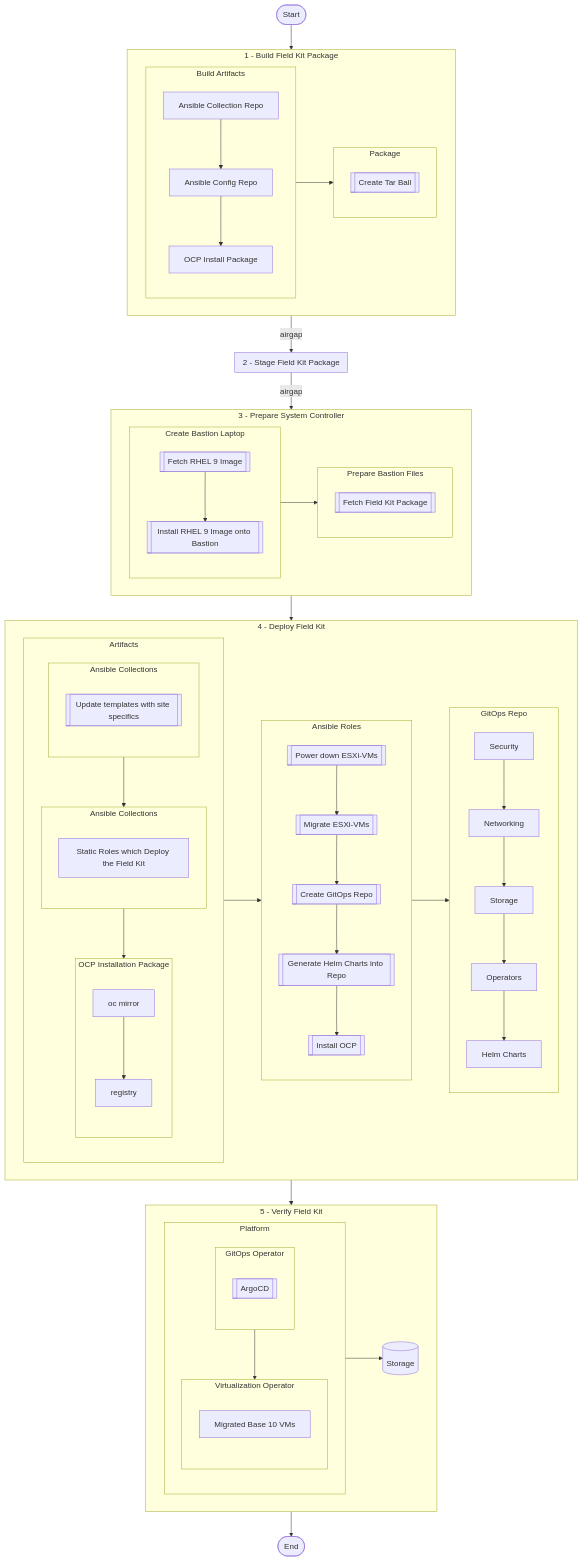
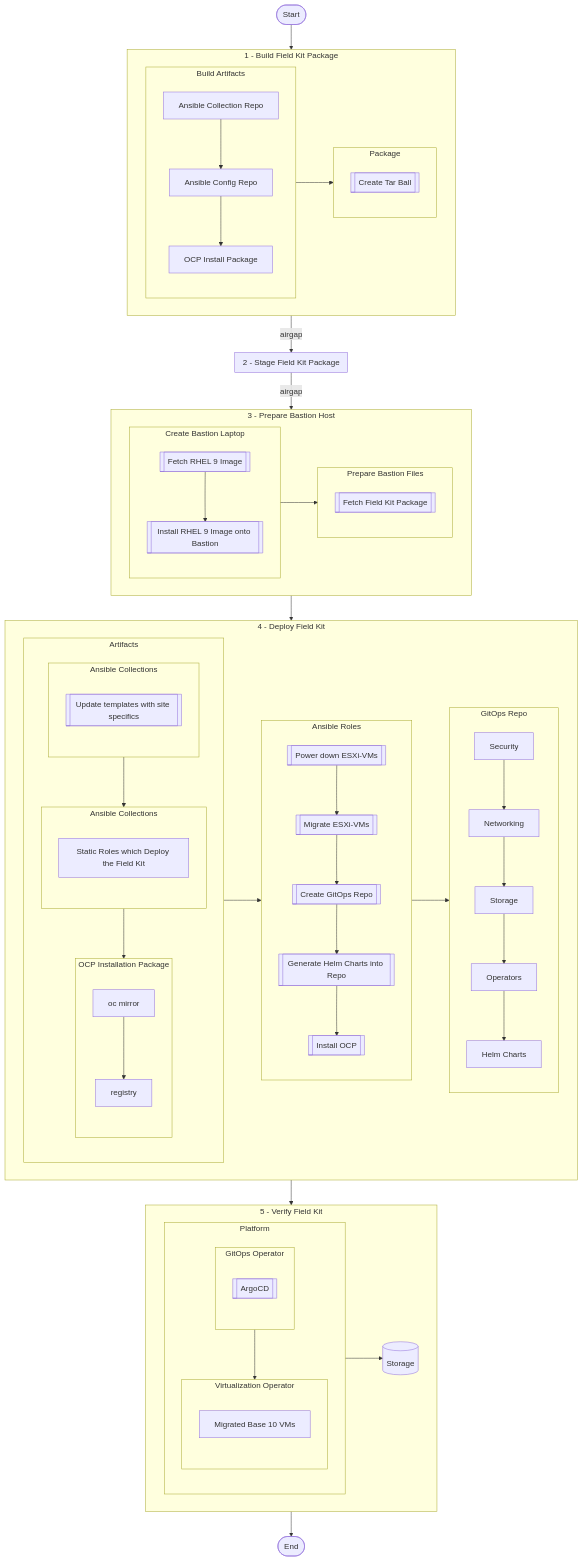
Before and after one commit to ppremru/LaunchFieldKitAdoption: the diagram in workflow/diagram-all.md, drawn with Mermaid.

````diff
--- a/workflow/diagram-all.md
+++ b/workflow/diagram-all.md
@@ -8,77 +8,77 @@
 ```mermaid
 flowchart TB
     Title([Start])
     subgraph 1[1 - Build Field Kit Package]
         subgraph Build[Build Artifacts]
           Build1[Ansible Collection Repo]
           Build2[Ansible Config Repo]
           Build3[OCP Install Package]
         end
         subgraph Package[Package]
           Package1[[Create Tar Ball]]
         end
         Build1 --> Build2 --> Build3
         Build --> Package
     end
     subgraph 2[2 - Stage Field Kit Package]
     end
-    subgraph 3[3 - Prepare System Controller]
+    subgraph 3[3 - Prepare Bastion Host]
         subgraph Bastion[Create Bastion Laptop]
           Bastion1[[Fetch RHEL 9 Image]]
           Bastion2[[Install RHEL 9 Image onto Bastion]]
         end
         subgraph Files[Prepare Bastion Files]
           Files1[[Fetch Field Kit Package]]
         end
         Bastion1 --> Bastion2
         Bastion --> Files
     end
     subgraph 4[4 - Deploy Field Kit]
         subgraph Artifacts[Artifacts]
           subgraph OCP[OCP Installation Package]
             OCP1[oc mirror]
             OCP2[registry]
           end
           subgraph Collections[Ansible Collections]
             Collections1[Static Roles which Deploy the Field Kit]
           end
           subgraph Config[Ansible Collections]
             Config1[[Update templates with site specifics]]
           end
         end
         subgraph Ansible[Ansible Roles]
           Ansible1[[Power down ESXi-VMs]]
           Ansible2[[Migrate ESXi-VMs]]
           Ansible3[[Create GitOps Repo]]
           Ansible4[[Generate Helm Charts into Repo]]
           Ansible5[[Install OCP]]
         end
         subgraph GitOps[GitOps Repo]
           GitOps1[Security]
           GitOps2[Networking]
           GitOps3[Storage]
           GitOps4[Operators]
           GitOps5[Helm Charts]
         end
         Config --> Collections --> OCP
         OCP1 --> OCP2
         Artifacts --> Ansible --> GitOps
         Ansible1 --> Ansible2 --> Ansible3 --> Ansible4 --> Ansible5
         GitOps1 --> GitOps2 --> GitOps3 --> GitOps4 --> GitOps5
     end
     subgraph 5[5 - Verify Field Kit]
       subgraph Platform[Platform]
         subgraph OCPVirt[Virtualization Operator]
           OCPVirt1[Migrated Base 10 VMs]
         end
         subgraph OCPGitOps[GitOps Operator]
           OCPGitOps1[[ArgoCD]]
         end
         OCPGitOps --> OCPVirt
       end
       Storage[(Storage)]
       Platform --> Storage
     end
     Foot([End])
     Title --> 1 -- airgap --> 2 -- airgap --> 3 --> 4 --> 5 --> Foot
 ```
````
